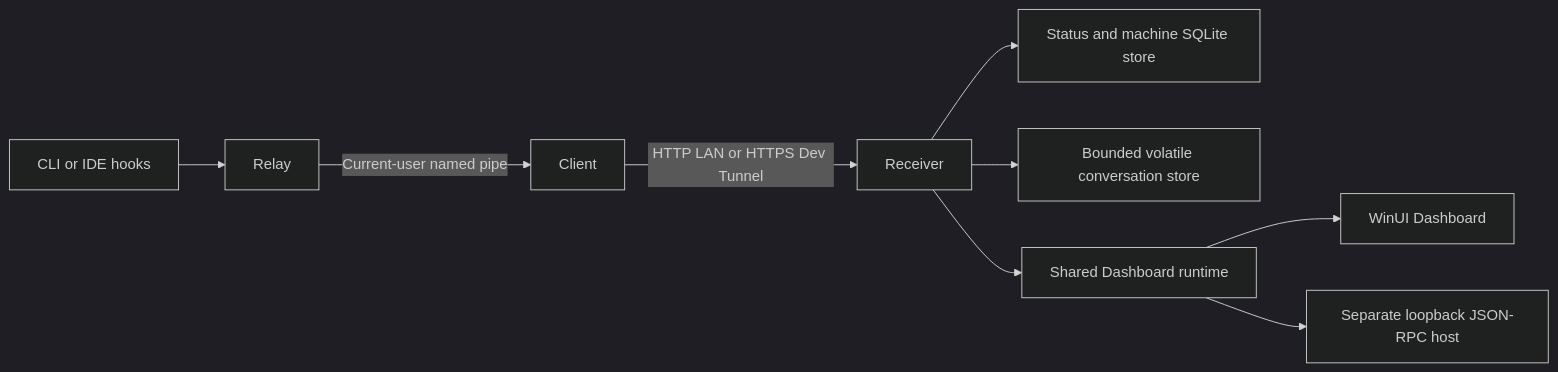
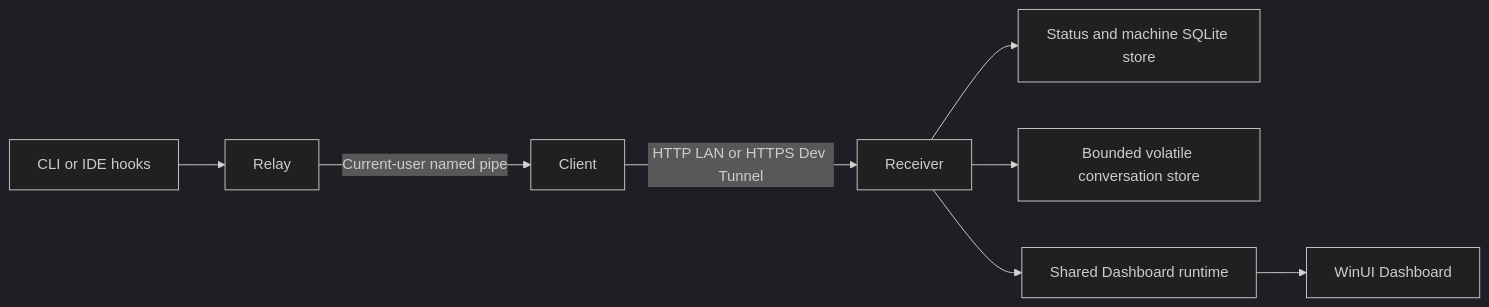
Before and after one commit to andysterland/agent-signaler: the diagram in README.md, drawn with Mermaid (dark theme). The commit also changed other lines of this file and 70 other files, not shown here.

First line of the commit message:
Retire standalone RpcHost and recover completed integration uninstalls

````diff
--- a/README.md
+++ b/README.md
@@ -406,11 +358,10 @@
 ```mermaid
 flowchart LR
     Hooks[CLI or IDE hooks] --> Relay
     Relay -->|Current-user named pipe| Client
     Client -->|HTTP LAN or HTTPS Dev Tunnel| Receiver
     Receiver --> SQLite[Status and machine SQLite store]
     Receiver --> Memory[Bounded volatile conversation store]
     Receiver --> Core[Shared Dashboard runtime]
     Core --> Dashboard[WinUI Dashboard]
-    Core --> RPC[Separate loopback JSON-RPC host]
 ```
````
